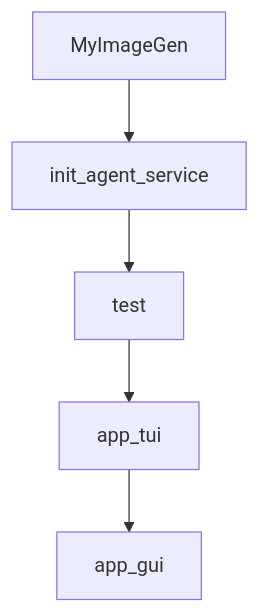
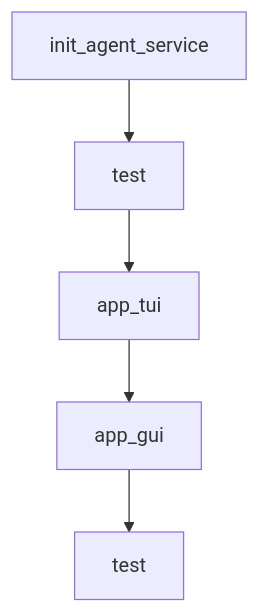
One commit to johnxie/awesome-code-docs changed the diagram in tutorials/qwen-agent-tutorial/07-benchmarking-and-deepplanning-evaluation.md. Above: the diagram before and after it, drawn with Mermaid. The commit also changed other lines of this file and 1232 other files, not shown here.

````diff
--- a/tutorials/qwen-agent-tutorial/07-benchmarking-and-deepplanning-evaluation.md
+++ b/tutorials/qwen-agent-tutorial/07-benchmarking-and-deepplanning-evaluation.md
@@ -212,12 +193,12 @@
 ```mermaid
 flowchart TD
-    A[MyImageGen]
-    B[init_agent_service]
-    C[test]
-    D[app_tui]
-    E[app_gui]
+    A[init_agent_service]
+    B[test]
+    C[app_tui]
+    D[app_gui]
+    E[test]
     A --> B
     B --> C
     C --> D
     D --> E
 ```
````
